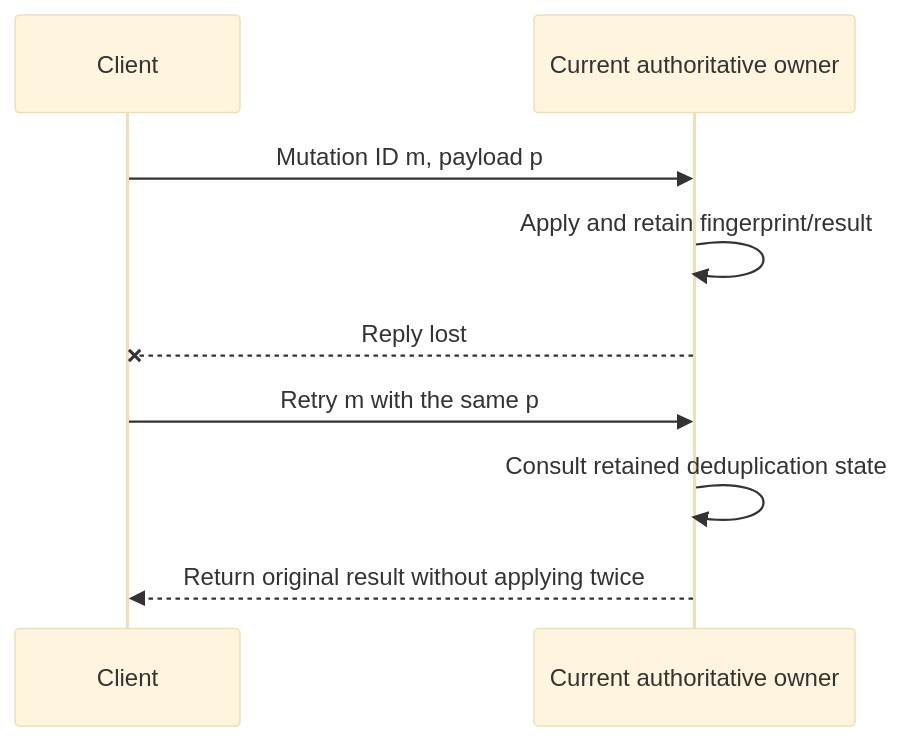
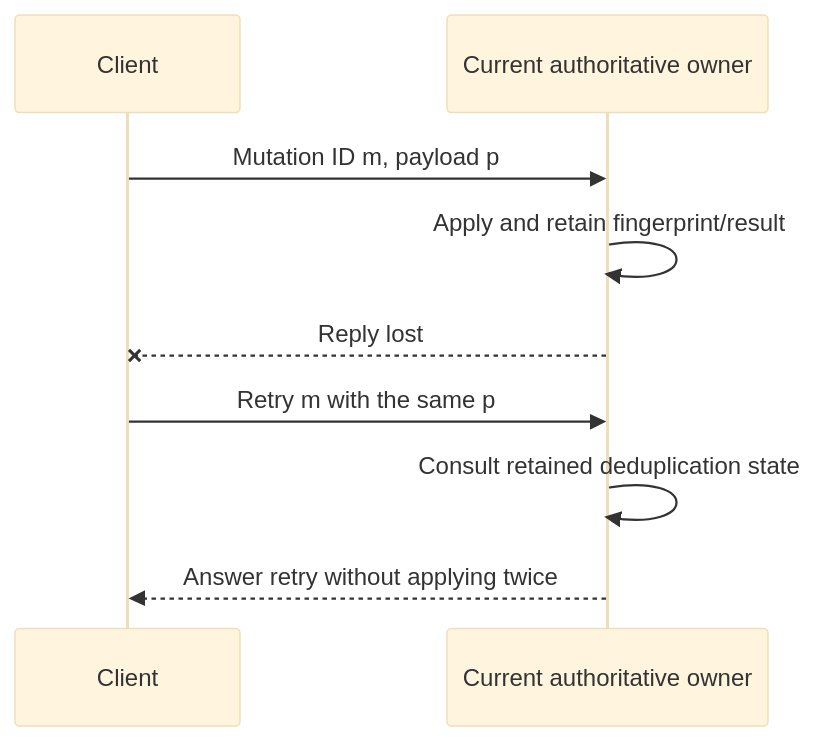
One commit to samuelhe52/hashring-rs changed the sixth of 6 diagrams in docs/rfcs/0001-ha-walkthrough.md. Above: the diagram before and after it, drawn with Mermaid (base theme). The commit also changed other lines of this file and 15 other files, not shown here.

````diff
--- a/docs/rfcs/0001-ha-walkthrough.md
+++ b/docs/rfcs/0001-ha-walkthrough.md
@@ -199,11 +199,11 @@
 ```mermaid
 sequenceDiagram
     participant C as Client
     participant O as Current authoritative owner
     C->>O: Mutation ID m, payload p
     O->>O: Apply and retain fingerprint/result
     O--xC: Reply lost
     C->>O: Retry m with the same p
     O->>O: Consult retained deduplication state
-    O-->>C: Return original result without applying twice
+    O-->>C: Answer retry without applying twice
 ```
````
